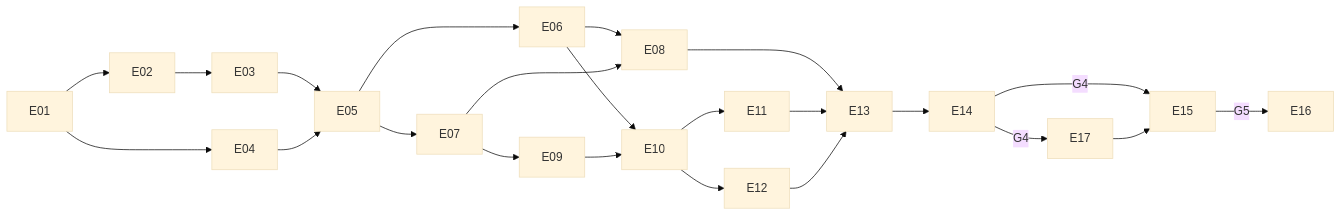
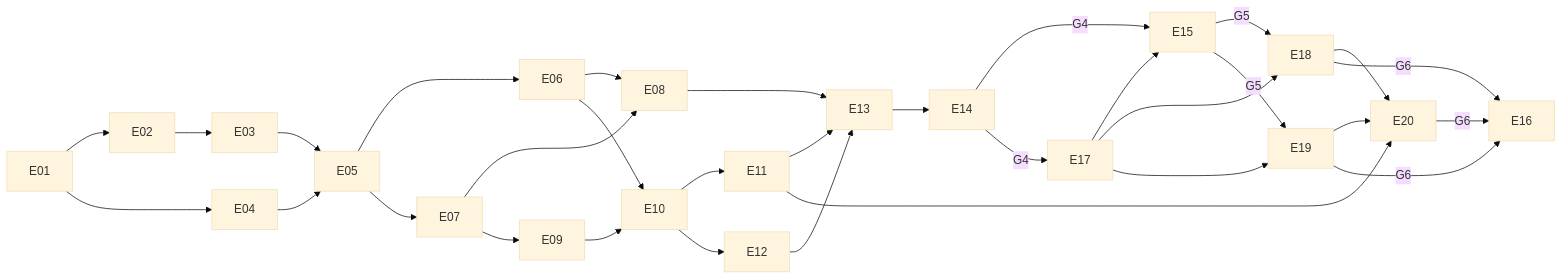
One commit to KaanEmec/vitamux changed the diagram in docs/plan/README.md. Above: the diagram before and after it, drawn with Mermaid (base theme). The commit also changed other lines of this file and 31 other files, not shown here.

````diff
--- a/docs/plan/README.md
+++ b/docs/plan/README.md
@@ -44,13 +47,17 @@
 ```mermaid
 flowchart LR
   E01 --> E02 --> E03 --> E05
   E01 --> E04 --> E05
   E05 --> E06 & E07
   E06 & E07 --> E08
   E07 --> E09
   E06 & E09 --> E10 --> E11
   E10 --> E12
   E08 & E11 & E12 --> E13 --> E14
-  E14 -->|G4| E15 -->|G5| E16
+  E14 -->|G4| E15 -->|G5| E18 & E19
   E14 -->|G4| E17 --> E15
+  E17 --> E18 & E19
+  E11 --> E20
+  E18 & E19 --> E20
+  E18 & E19 & E20 -->|G6| E16
 ```
````
